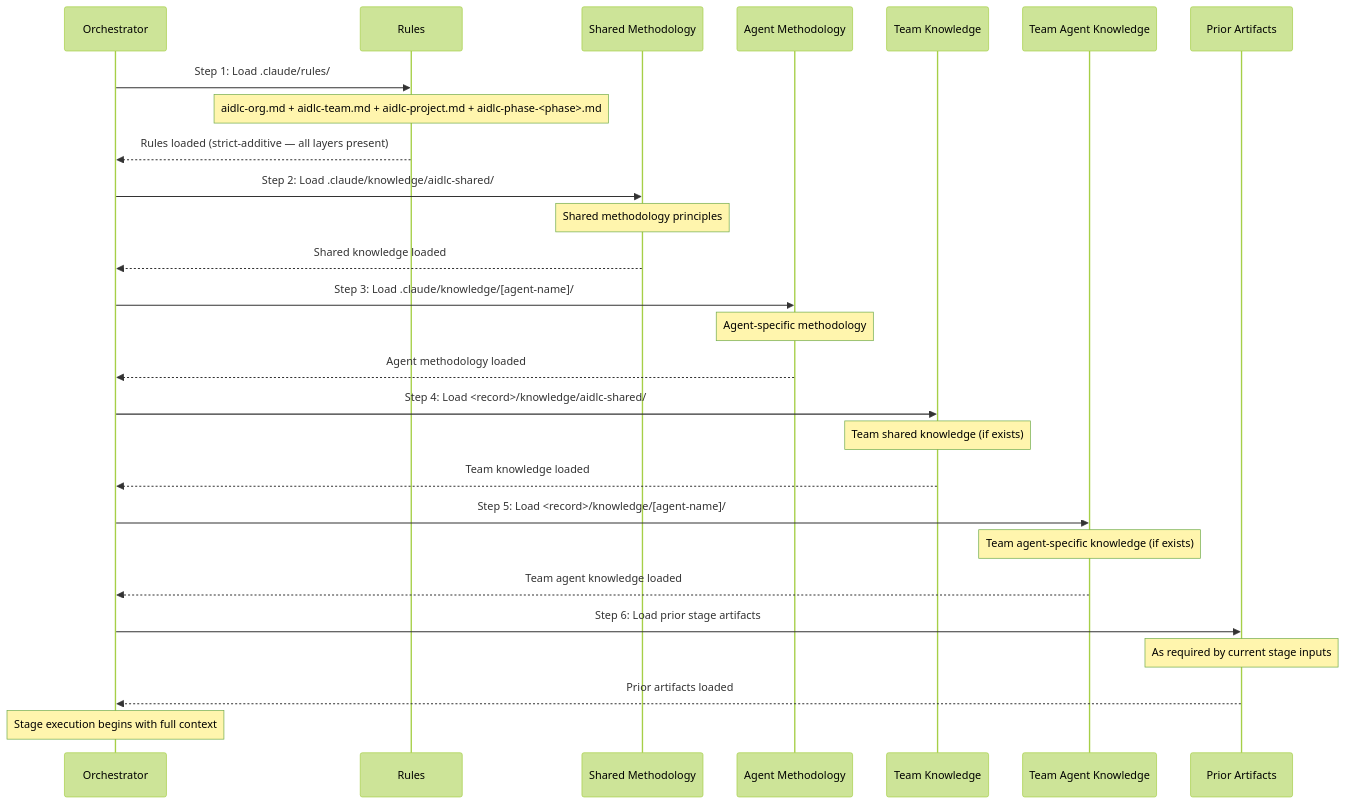
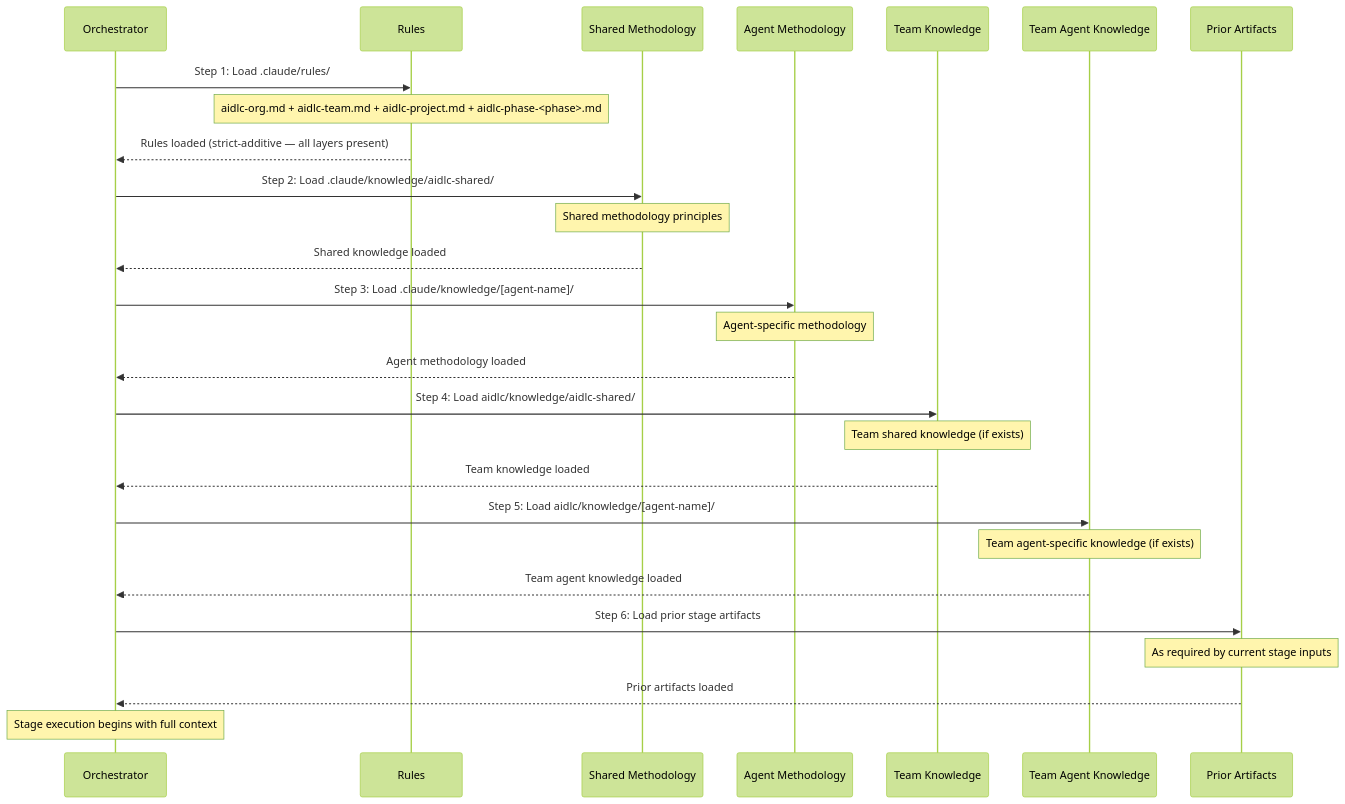
One commit to awslabs/aidlc-workflows changed the diagram in docs/reference/10-knowledge-system.md. Above: the diagram before and after it, drawn with Mermaid (forest theme). The commit also changed other lines of this file and 27 other files, not shown here.

````diff
--- a/docs/reference/10-knowledge-system.md
+++ b/docs/reference/10-knowledge-system.md
@@ -71,36 +70,36 @@
 ```mermaid
 sequenceDiagram
     participant O as Orchestrator
     participant G as Rules
     participant SM as Shared Methodology
     participant AM as Agent Methodology
     participant TK as Team Knowledge
     participant TAK as Team Agent Knowledge
     participant PA as Prior Artifacts
 
     O->>G: Step 1: Load .claude/rules/
     Note over G: aidlc-org.md + aidlc-team.md + aidlc-project.md + aidlc-phase-<phase>.md
     G-->>O: Rules loaded (strict-additive — all layers present)
 
     O->>SM: Step 2: Load .claude/knowledge/aidlc-shared/
     Note over SM: Shared methodology principles
     SM-->>O: Shared knowledge loaded
 
     O->>AM: Step 3: Load .claude/knowledge/[agent-name]/
     Note over AM: Agent-specific methodology
     AM-->>O: Agent methodology loaded
 
-    O->>TK: Step 4: Load <record>/knowledge/aidlc-shared/
+    O->>TK: Step 4: Load aidlc/knowledge/aidlc-shared/
     Note over TK: Team shared knowledge (if exists)
     TK-->>O: Team knowledge loaded
 
-    O->>TAK: Step 5: Load <record>/knowledge/[agent-name]/
+    O->>TAK: Step 5: Load aidlc/knowledge/[agent-name]/
     Note over TAK: Team agent-specific knowledge (if exists)
     TAK-->>O: Team agent knowledge loaded
 
     O->>PA: Step 6: Load prior stage artifacts
     Note over PA: As required by current stage inputs
     PA-->>O: Prior artifacts loaded
 
     Note over O: Stage execution begins with full context
 ```
````
